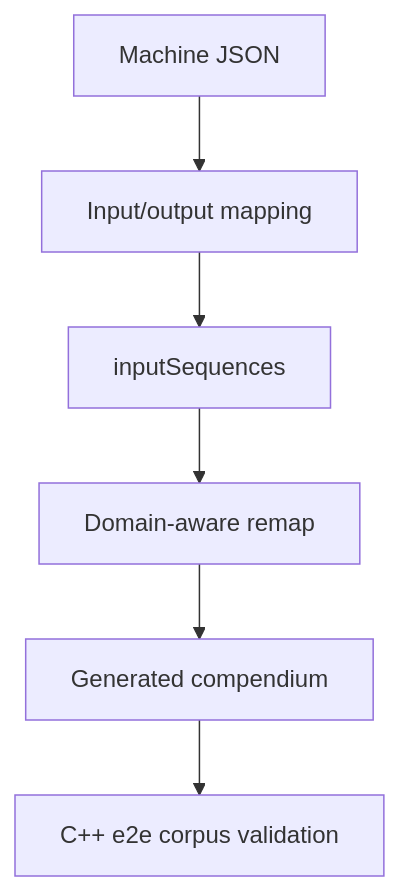
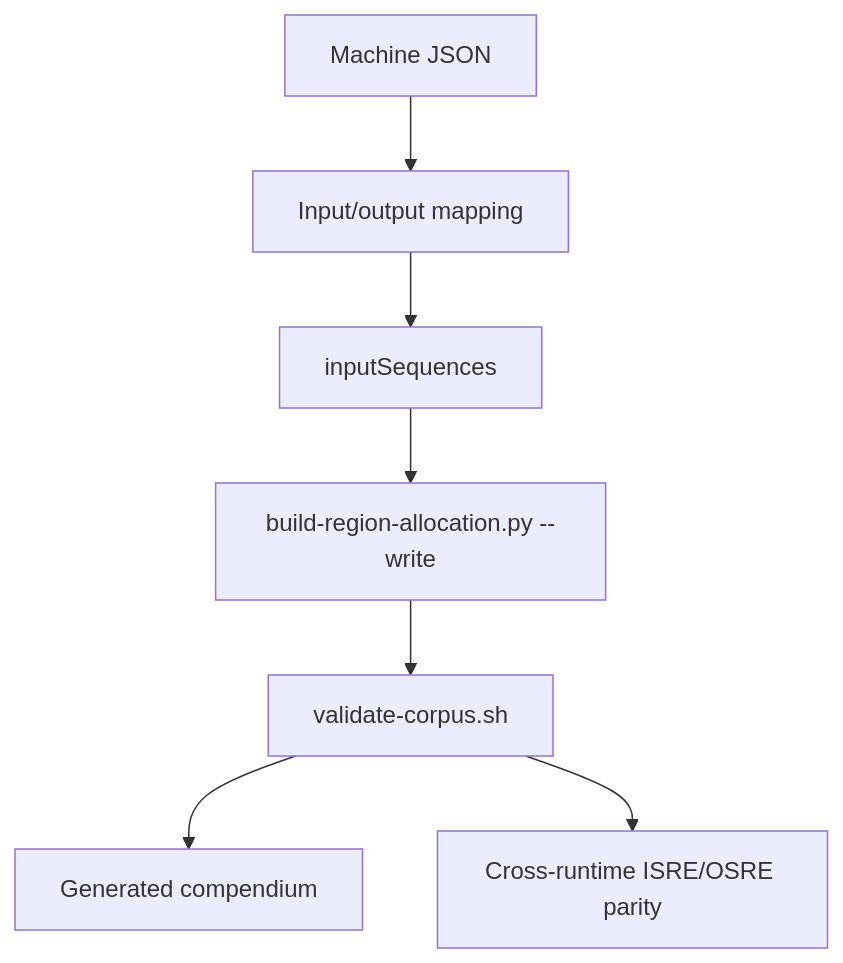
One commit to jateeter/RealityEngine_CI changed the diagram in docs/INTERCONNECTED_MACHINES_SETUP.md. Above: the diagram before and after it, drawn with Mermaid. The commit also changed other lines of this file and 39 other files, not shown here.

````diff
--- a/docs/INTERCONNECTED_MACHINES_SETUP.md
+++ b/docs/INTERCONNECTED_MACHINES_SETUP.md
@@ -20,8 +26,9 @@
 ```mermaid
 flowchart TD
   M[Machine JSON] --> Map[Input/output mapping]
   Map --> Seq[inputSequences]
-  Seq --> Remap[Domain-aware remap]
-  Remap --> Compendium[Generated compendium]
-  Compendium --> E2E[C++ e2e corpus validation]
+  Seq --> Alloc[build-region-allocation.py --write]
+  Alloc --> Gate[validate-corpus.sh]
+  Gate --> Compendium[Generated compendium]
+  Gate --> Parity[Cross-runtime ISRE/OSRE parity]
 ```
````
